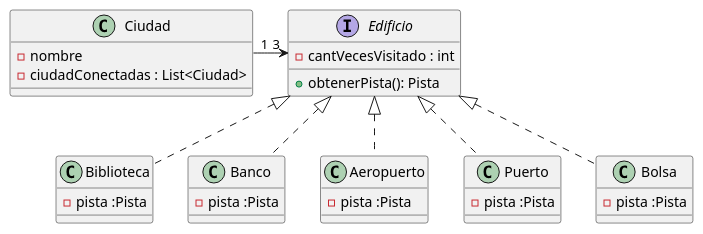
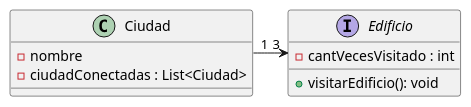
The diagram in diagrams/classes/dc_ciudad.plantuml (SeleneMartinez/Algo3_AlgoThief), drawn with PlantUML before and after one commit. The commit also changed 9 other files, not shown here.

Commit message:
Modifeid diagrams

```diff
--- a/diagrams/classes/dc_ciudad.plantuml
+++ b/diagrams/classes/dc_ciudad.plantuml
@@ -1,42 +1,14 @@
 @startuml
 class Ciudad
 {
     - nombre
     - ciudadConectadas : List<Ciudad>
 }
 interface Edificio
 {
     -cantVecesVisitado : int
-    + obtenerPista(): Pista
+    + visitarEdificio(): void
 }
 
-class Biblioteca
-{
-    -pista :Pista
-}
-
-class Banco
-{
-    -pista :Pista
-}
-
-class Aeropuerto
-{
-    -pista :Pista
-}
-class Puerto
-{
-    -pista :Pista
-}
-class Bolsa
-{
-    -pista :Pista
-}
-
-Edificio<|.. Bolsa
-Edificio<|.. Banco
-Edificio<|.. Aeropuerto
-Edificio<|.. Puerto
-Edificio<|.. Biblioteca
 Ciudad "1"-> "3"  Edificio
 @enduml
```
